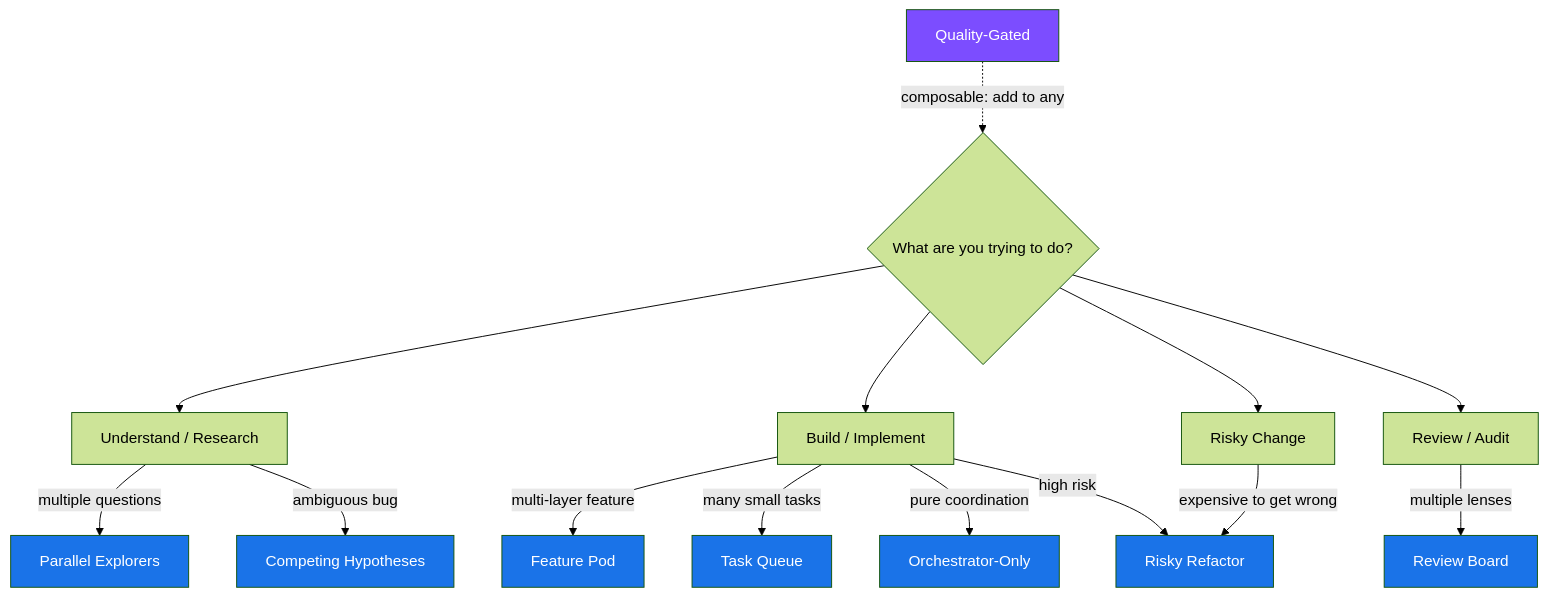
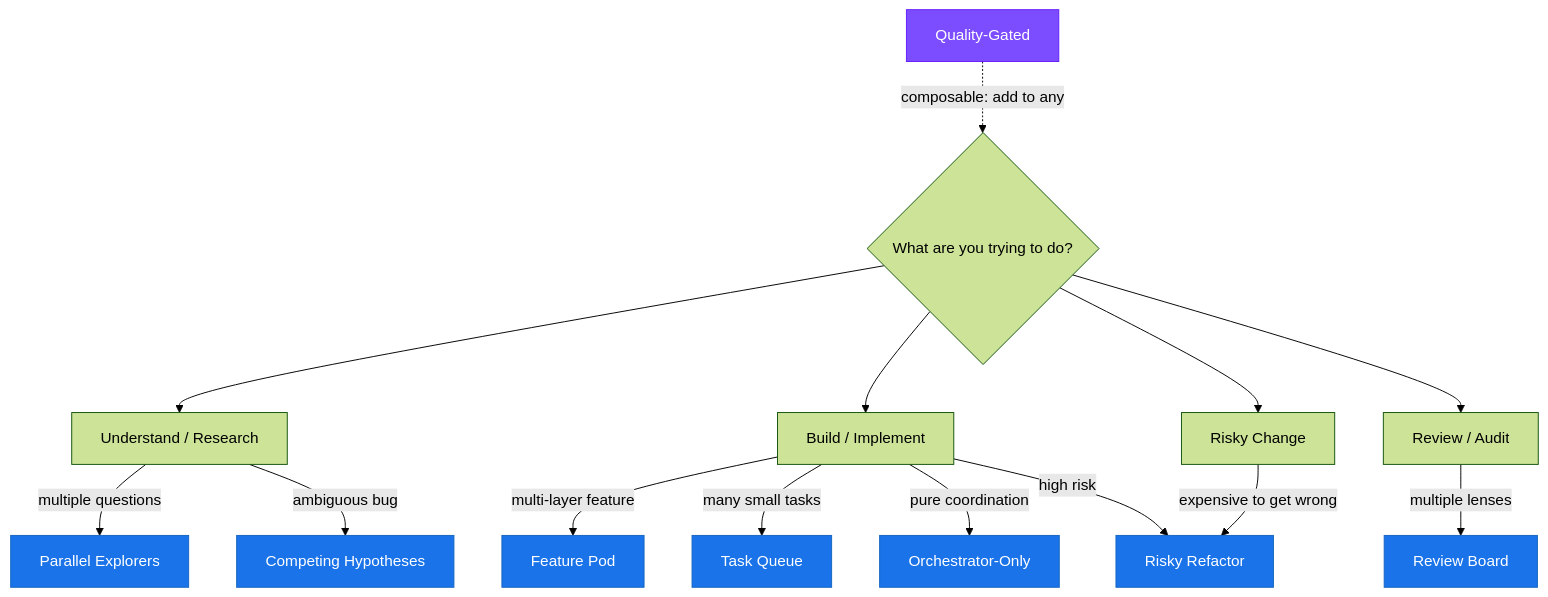
The diagram in index.md (EIrwin/agent-team-topologies), drawn with Mermaid (forest theme) before and after one commit. The commit also changed 2 other files, not shown here.

Commit message:
Add dark-friendly global Mermaid theme for consistent diagram styling
- Create _includes/mermaid_config.js with base theme and dark themeVariables
  matching the site's color palette (node bg #2a2f42, text #e0e0e0, borders
  #7c4dff, edges #7c8aff, subgraphs #1a1e2e)
- Refactor homepage flowchart from 8 inline style lines to classDef/class
- Add SVG max-width and font-size rules for readable edge labels

All 15 diagrams across 11 files now inherit consistent dark styling
instead of clashing with Mermaid's default light gray nodes.

````diff
--- a/index.md
+++ b/index.md
@@ -26,38 +26,34 @@
 ```mermaid
 flowchart TD
     Start{What are you trying to do?}
 
     Understand[Understand / Research]
     Build[Build / Implement]
     Review[Review / Audit]
     Risky[Risky Change]
 
     Start --> Understand
     Start --> Build
     Start --> Review
     Start --> Risky
 
     Understand -->|multiple questions| A[Parallel Explorers]
     Understand -->|ambiguous bug| C[Competing Hypotheses]
 
     Build -->|multi-layer feature| D[Feature Pod]
     Build -->|many small tasks| H[Task Queue]
     Build -->|pure coordination| F[Orchestrator-Only]
     Build -->|high risk| E[Risky Refactor]
 
     Review -->|multiple lenses| B[Review Board]
 
     Risky -->|expensive to get wrong| E
 
     G[Quality-Gated]
     G -.->|composable: add to any| Start
 
-    style A fill:#1a73e8,color:#fff
-    style B fill:#1a73e8,color:#fff
-    style C fill:#1a73e8,color:#fff
-    style D fill:#1a73e8,color:#fff
-    style E fill:#1a73e8,color:#fff
-    style F fill:#1a73e8,color:#fff
-    style G fill:#7c4dff,color:#fff
-    style H fill:#1a73e8,color:#fff
+    classDef topology fill:#1a73e8,color:#fff,stroke:#1565c0
+    classDef overlay fill:#7c4dff,color:#fff,stroke:#651fff
+    class A,B,C,D,E,F,H topology
+    class G overlay
 ```
````
